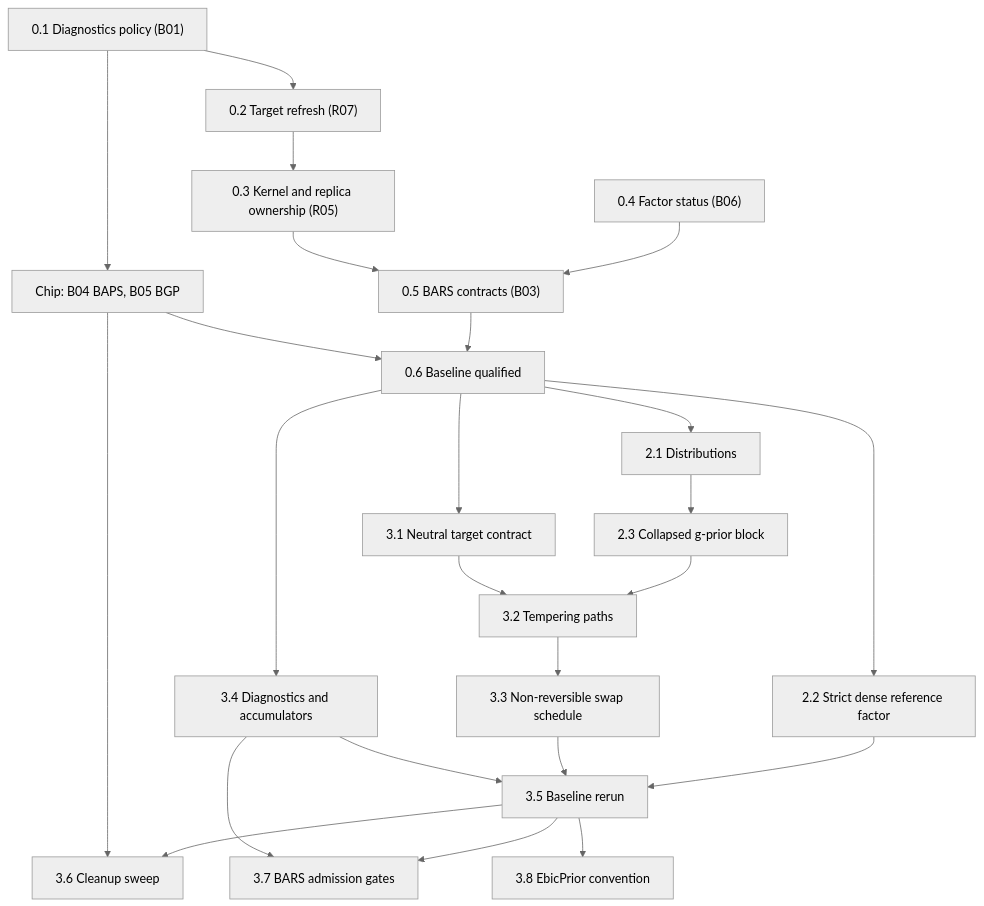
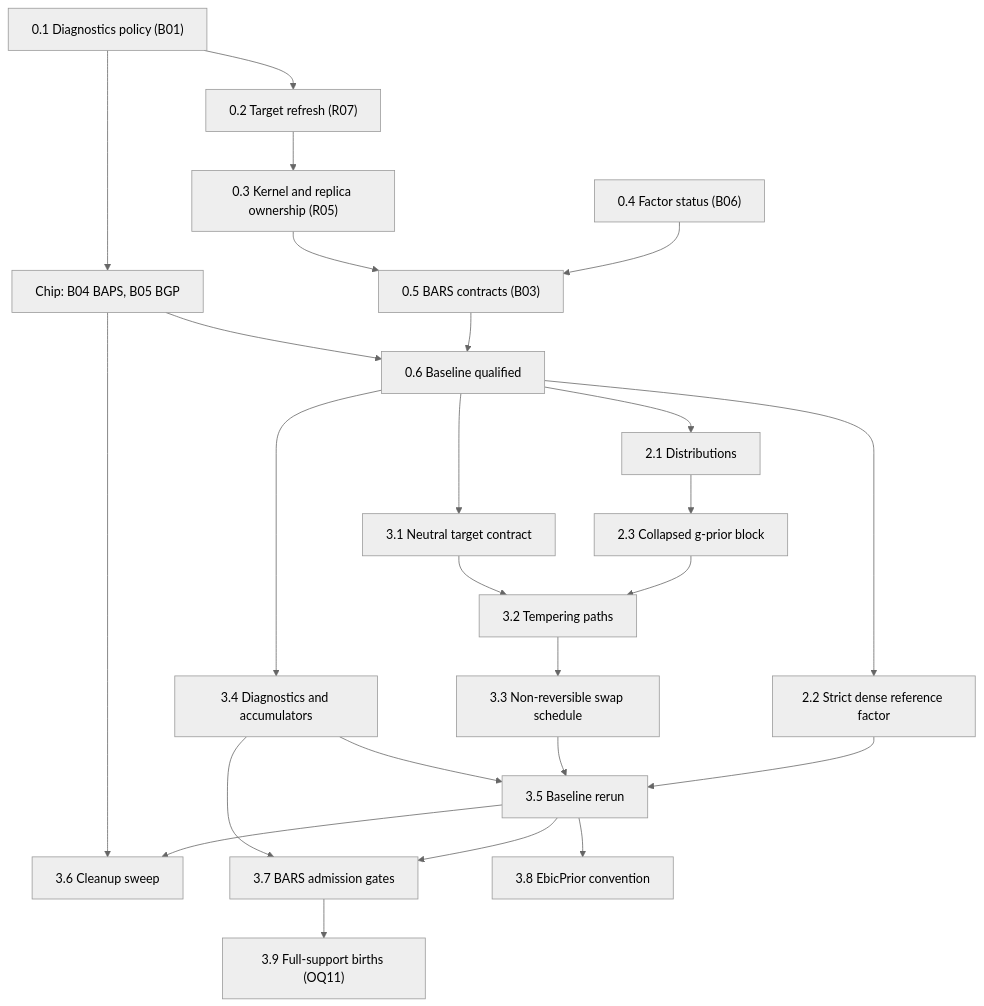
The diagram in issues/regression/bass-preparation-brief.md (aghado01/ThermoMapper), drawn with Mermaid (neutral theme) before and after one commit. The commit also changed other lines of this file and 2 other files, not shown here.

First line of the commit message:
docs(regression): full-support births as step 3.9 (OQ11), with the probe that measured them

````diff
--- a/issues/regression/bass-preparation-brief.md
+++ b/issues/regression/bass-preparation-brief.md
@@ -30,26 +30,27 @@
 ```mermaid
 flowchart TD
     A["0.1 Diagnostics policy (B01)"] --> B["0.2 Target refresh (R07)"]
     B --> C["0.3 Kernel and replica ownership (R05)"]
     A --> X["Chip: B04 BAPS, B05 BGP"]
     D["0.4 Factor status (B06)"] --> E["0.5 BARS contracts (B03)"]
     C --> E
     E --> G["0.6 Baseline qualified"]
     X --> G
     G --> H["2.1 Distributions"]
     G --> I["2.2 Strict dense reference factor"]
     H --> J["2.3 Collapsed g-prior block"]
     G --> K["3.1 Neutral target contract"]
     J --> L["3.2 Tempering paths"]
     K --> L
     L --> M["3.3 Non-reversible swap schedule"]
     G --> N["3.4 Diagnostics and accumulators"]
     I --> O["3.5 Baseline rerun"]
     M --> O
     N --> O
     O --> P["3.6 Cleanup sweep"]
     X --> P
     O --> Q["3.7 BARS admission gates"]
     N --> Q
     O --> R["3.8 EbicPrior convention"]
+    Q --> S["3.9 Full-support births (OQ11)"]
 ```
````
